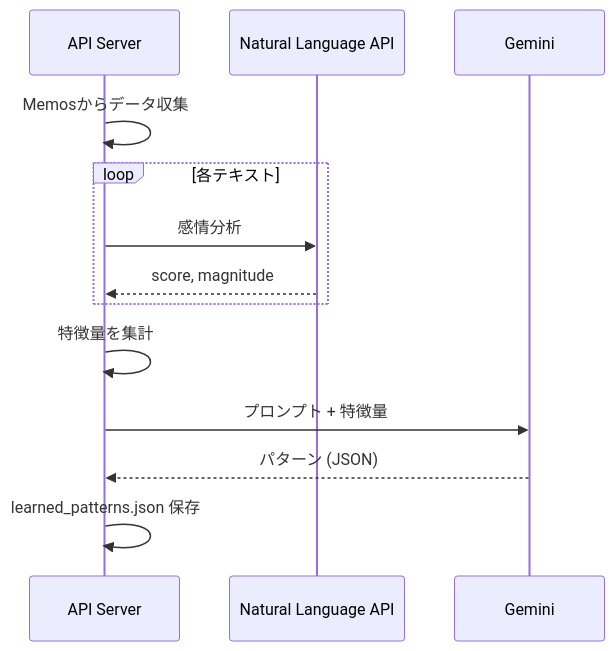
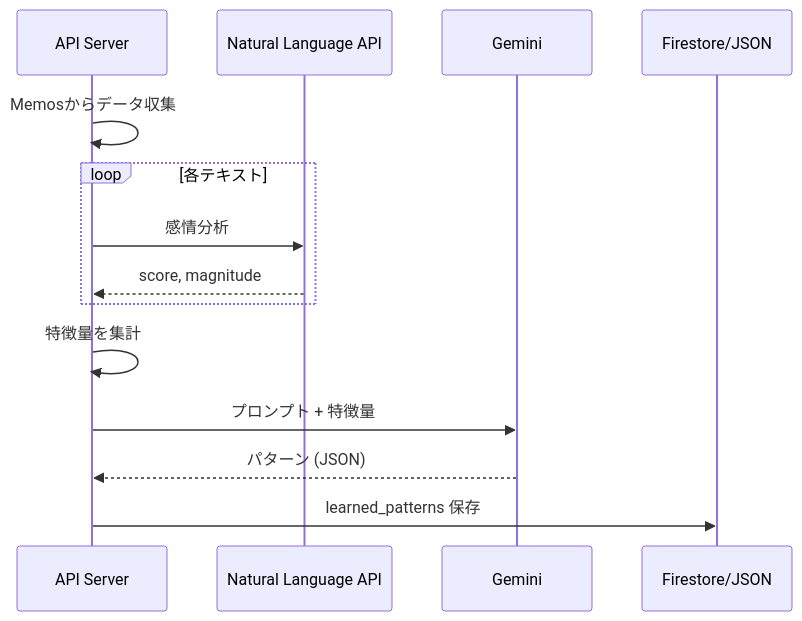
One commit to AobaIwaki123/quick-send changed the second of 2 diagrams in ARCHITECTURE.md. Above: the diagram before and after it, drawn with Mermaid. The commit also changed other lines of this file and 4 other files, not shown here.

````diff
--- a/ARCHITECTURE.md
+++ b/ARCHITECTURE.md
@@ -40,18 +60,19 @@
 ```mermaid
 sequenceDiagram
     participant API as API Server
     participant NL as Natural Language API
     participant Gemini
+    participant FS as Firestore/JSON
     
     API->>API: Memosからデータ収集
     
     loop 各テキスト
         API->>NL: 感情分析
         NL-->>API: score, magnitude
     end
     
     API->>API: 特徴量を集計
     API->>Gemini: プロンプト + 特徴量
     Gemini-->>API: パターン (JSON)
-    API->>API: learned_patterns.json 保存
+    API->>FS: learned_patterns 保存
 ```
````
